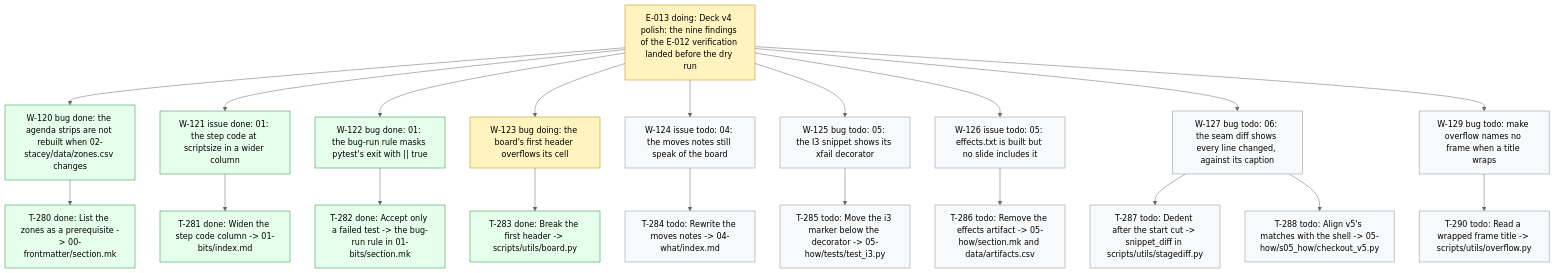
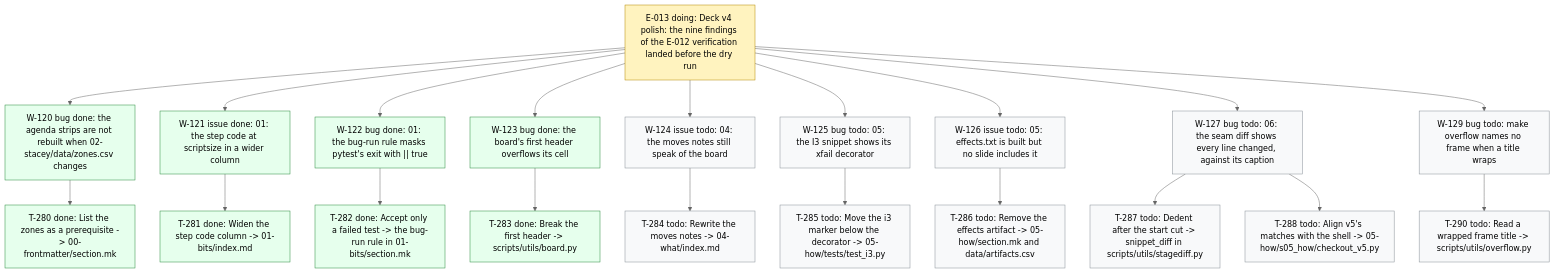
The diagram in .board/BOARD.md (dpopchev/chaos-to-simple), drawn with Mermaid (neutral theme) before and after one commit. The commit also changed other lines of this file and 1 other file, not shown here.

Commit message:
chore(board): close W-123 -- landed
Refs: W-123

````diff
--- a/.board/BOARD.md
+++ b/.board/BOARD.md
@@ -729,31 +729,31 @@
 ```mermaid
 flowchart TD
   E013["E-013 doing: Deck v4 polish: the nine findings of the E-012 verification landed before the dry run"]
   E013 --> W120["W-120 bug done: the agenda strips are not rebuilt when 02-stacey/data/zones.csv changes"]
   W120 --> T280["T-280 done: List the zones as a prerequisite -> 00-frontmatter/section.mk"]
   E013 --> W121["W-121 issue done: 01: the step code at scriptsize in a wider column"]
   W121 --> T281["T-281 done: Widen the step code column -> 01-bits/index.md"]
   E013 --> W122["W-122 bug done: 01: the bug-run rule masks pytest's exit with || true"]
   W122 --> T282["T-282 done: Accept only a failed test -> the bug-run rule in 01-bits/section.mk"]
-  E013 --> W123["W-123 bug doing: the board's first header overflows its cell"]
+  E013 --> W123["W-123 bug done: the board's first header overflows its cell"]
   W123 --> T283["T-283 done: Break the first header -> scripts/utils/board.py"]
   E013 --> W124["W-124 issue todo: 04: the moves notes still speak of the board"]
   W124 --> T284["T-284 todo: Rewrite the moves notes -> 04-what/index.md"]
   E013 --> W125["W-125 bug todo: 05: the I3 snippet shows its xfail decorator"]
   W125 --> T285["T-285 todo: Move the i3 marker below the decorator -> 05-how/tests/test_i3.py"]
   E013 --> W126["W-126 issue todo: 05: effects.txt is built but no slide includes it"]
   W126 --> T286["T-286 todo: Remove the effects artifact -> 05-how/section.mk and data/artifacts.csv"]
   E013 --> W127["W-127 bug todo: 06: the seam diff shows every line changed, against its caption"]
   W127 --> T287["T-287 todo: Dedent after the start cut -> snippet_diff in scripts/utils/stagediff.py"]
   W127 --> T288["T-288 todo: Align v5's matches with the shell -> 05-how/s05_how/checkout_v5.py"]
   E013 --> W129["W-129 bug todo: make overflow names no frame when a title wraps"]
   W129 --> T290["T-290 todo: Read a wrapped frame title -> scripts/utils/overflow.py"]
   classDef doing fill:#fff3bf,stroke:#b58900,color:#000;
   classDef blocked fill:#ffe3e3,stroke:#c92a2a,color:#000;
   classDef done fill:#e6ffed,stroke:#2b8a3e,color:#000;
   classDef todo fill:#f8f9fa,stroke:#868e96,color:#000;
   classDef pruned fill:#f1f3f5,stroke:#adb5bd,color:#000;
-  class E013,W123 doing
-  class W120,T280,W121,T281,W122,T282,T283 done
+  class E013 doing
+  class W120,T280,W121,T281,W122,T282,W123,T283 done
   class W124,T284,W125,T285,W126,T286,W127,T287,T288,W129,T290 todo
 ```
````
